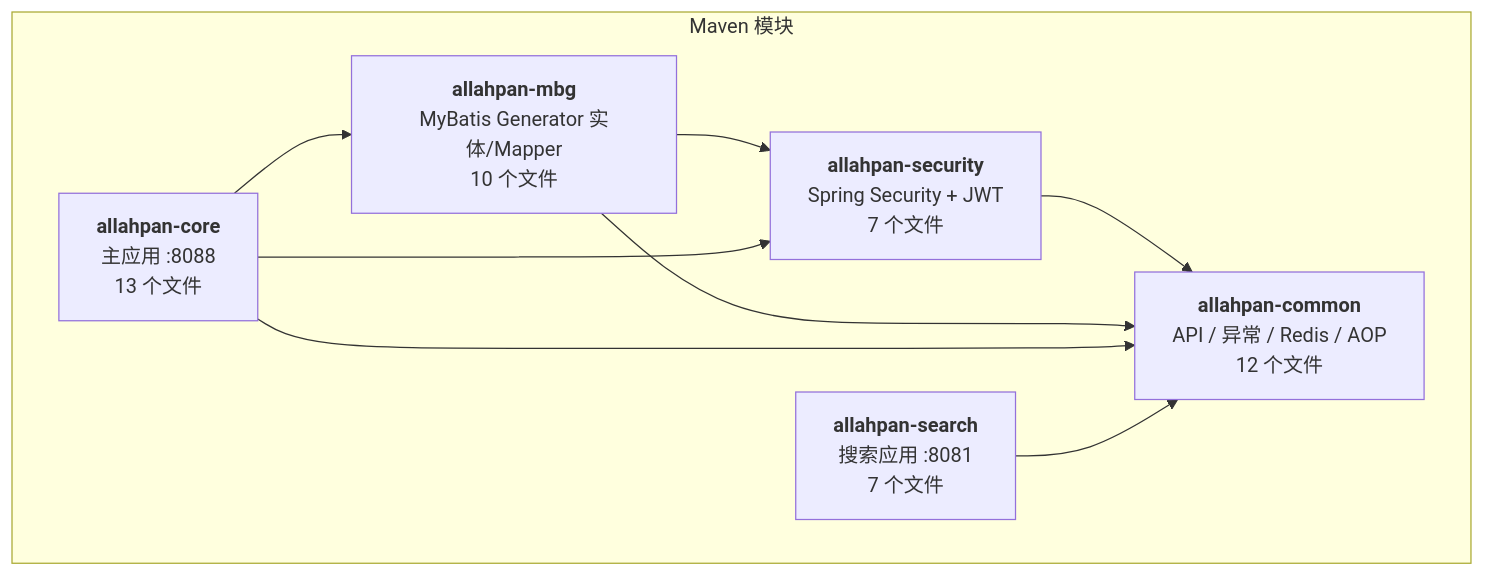
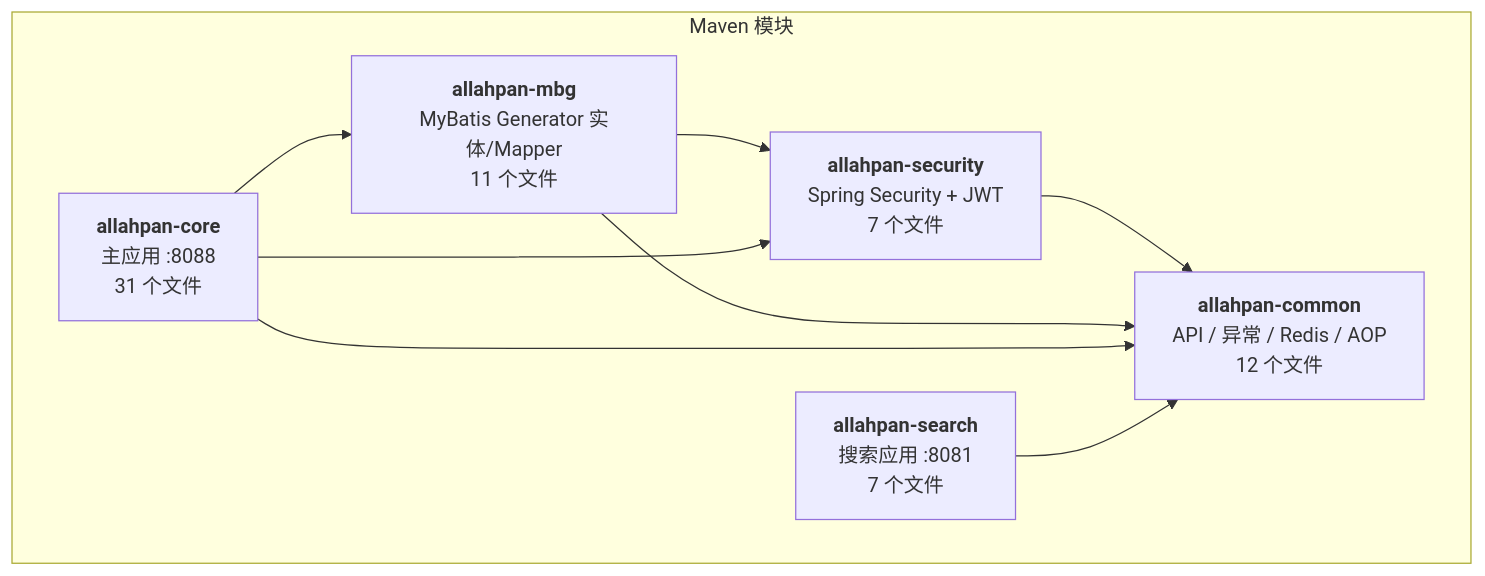
Before and after one commit to AfterMaxQ/AllahPan: the first of 2 diagrams in docs/architecture/01-module-dependency.md, drawn with Mermaid. The commit also changed other lines of this file and 24 other files, not shown here.

````diff
--- a/docs/architecture/01-module-dependency.md
+++ b/docs/architecture/01-module-dependency.md
@@ -16,18 +16,18 @@
 ```mermaid
 graph TD
     subgraph "Maven 模块"
         common["<b>allahpan-common</b><br/>API / 异常 / Redis / AOP<br/>12 个文件"]
         security["<b>allahpan-security</b><br/>Spring Security + JWT<br/>7 个文件"]
-        mbg["<b>allahpan-mbg</b><br/>MyBatis Generator 实体/Mapper<br/>10 个文件"]
-        core["<b>allahpan-core</b><br/>主应用 :8088<br/>13 个文件"]
+        mbg["<b>allahpan-mbg</b><br/>MyBatis Generator 实体/Mapper<br/>11 个文件"]
+        core["<b>allahpan-core</b><br/>主应用 :8088<br/>31 个文件"]
         search["<b>allahpan-search</b><br/>搜索应用 :8081<br/>7 个文件"]
     end
 
     security --> common
     mbg --> common
     mbg --> security
     core --> common
     core --> security
     core --> mbg
     search --> common
 ```
````
